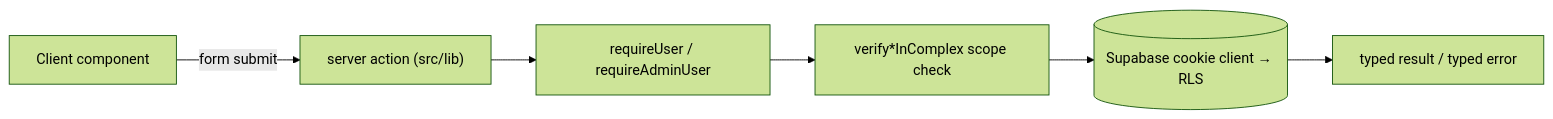
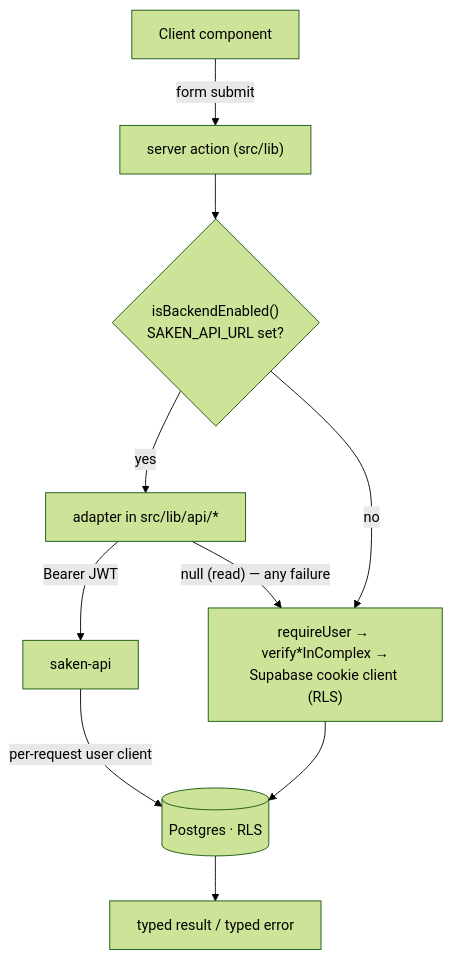
The diagram in content/architecture/frontend.mdx (Saken-Community-Management/saken-docs), drawn with Mermaid (forest theme) before and after one commit. The commit also changed other lines of this file and 39 other files, not shown here.

````diff
--- a/content/architecture/frontend.mdx
+++ b/content/architecture/frontend.mdx
@@ -31,8 +35,12 @@
 ```mermaid
-flowchart LR
+flowchart TD
     Page[Client component] -->|form submit| Action["server action (src/lib)"]
-    Action --> Req[requireUser / requireAdminUser]
-    Req --> Scope[verify*InComplex scope check]
-    Scope --> DB[(Supabase cookie client → RLS)]
-    DB --> Res[typed result / typed error]
+    Action --> Enabled{"isBackendEnabled()<br/>SAKEN_API_URL set?"}
+    Enabled -->|yes| Adapter["adapter in src/lib/api/*"]
+    Adapter -->|Bearer JWT| API["saken-api"]
+    API -->|per-request user client| PG[(Postgres · RLS)]
+    Adapter -->|"null (read) — any failure"| Direct
+    Enabled -->|no| Direct["requireUser → verify*InComplex →<br/>Supabase cookie client (RLS)"]
+    Direct --> PG
+    PG --> Res[typed result / typed error]
 ```
````
